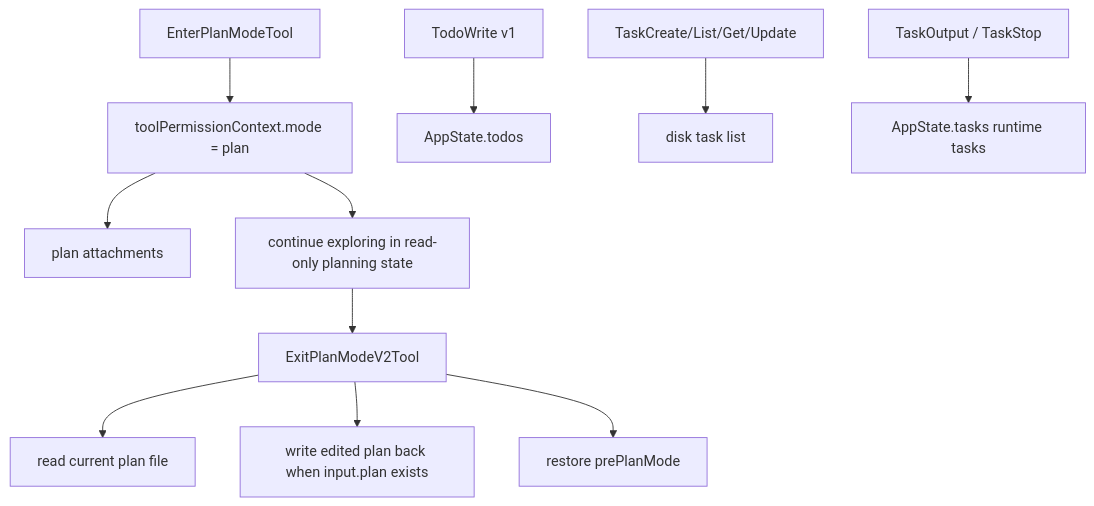
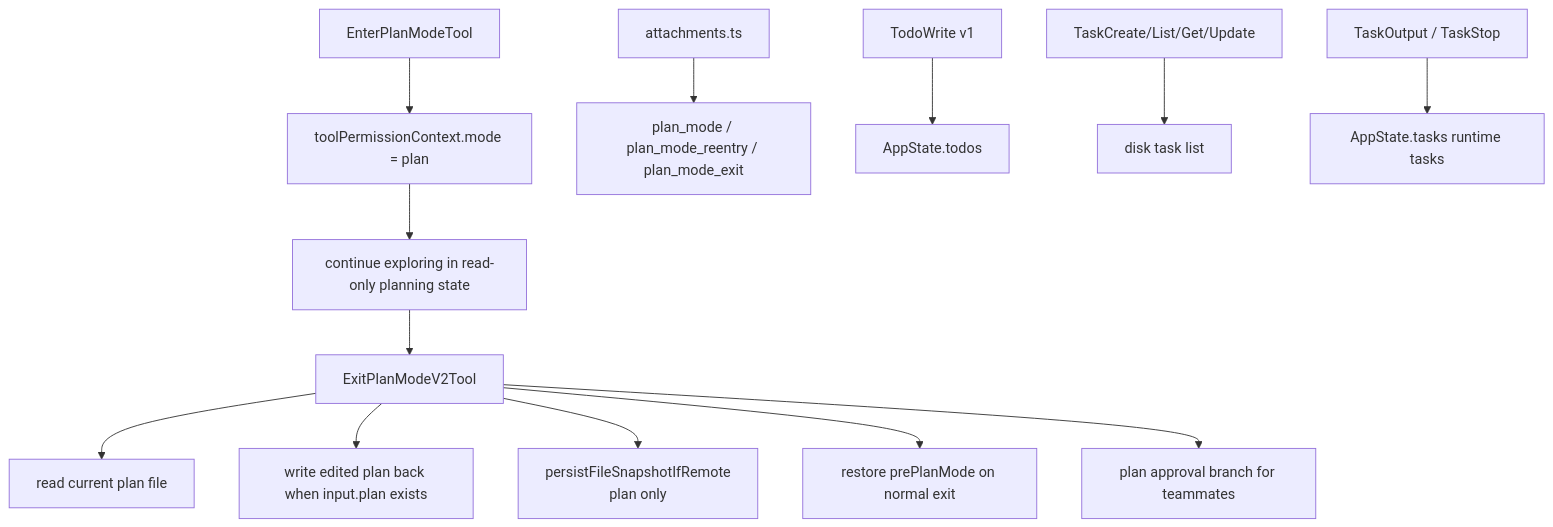
The second of 2 diagrams in MODULES/02-planning-compaction-and-assistant/DEEP/README.md (Boulea7/ClaudeCode-Source-DeepDive), drawn with Mermaid before and after one commit. The commit also changed other lines of this file and 4 other files, not shown here.

````diff
--- a/MODULES/02-planning-compaction-and-assistant/DEEP/README.md
+++ b/MODULES/02-planning-compaction-and-assistant/DEEP/README.md
@@ -283,14 +291,16 @@
 ```mermaid
 flowchart TD
     A[EnterPlanModeTool] --> B[toolPermissionContext.mode = plan]
-    B --> C[plan attachments]
     B --> D[continue exploring in read-only planning state]
-    D --> E[ExitPlanModeV2Tool]
-    E --> F[read current plan file]
-    E --> G[write edited plan back when input.plan exists]
-    E --> H[restore prePlanMode]
+    C[attachments.ts] --> E[plan_mode / plan_mode_reentry / plan_mode_exit]
+    D --> F[ExitPlanModeV2Tool]
+    F --> G[read current plan file]
+    F --> H[write edited plan back when input.plan exists]
+    F --> I[persistFileSnapshotIfRemote<br/>plan only]
+    F --> J[restore prePlanMode on normal exit]
+    F --> K[plan approval branch for teammates]
 
-    I[TodoWrite v1] --> J[AppState.todos]
-    K[TaskCreate/List/Get/Update] --> L[disk task list]
-    M[TaskOutput / TaskStop] --> N[AppState.tasks runtime tasks]
+    L[TodoWrite v1] --> M[AppState.todos]
+    N[TaskCreate/List/Get/Update] --> O[disk task list]
+    P[TaskOutput / TaskStop] --> Q[AppState.tasks runtime tasks]
 ```
````
